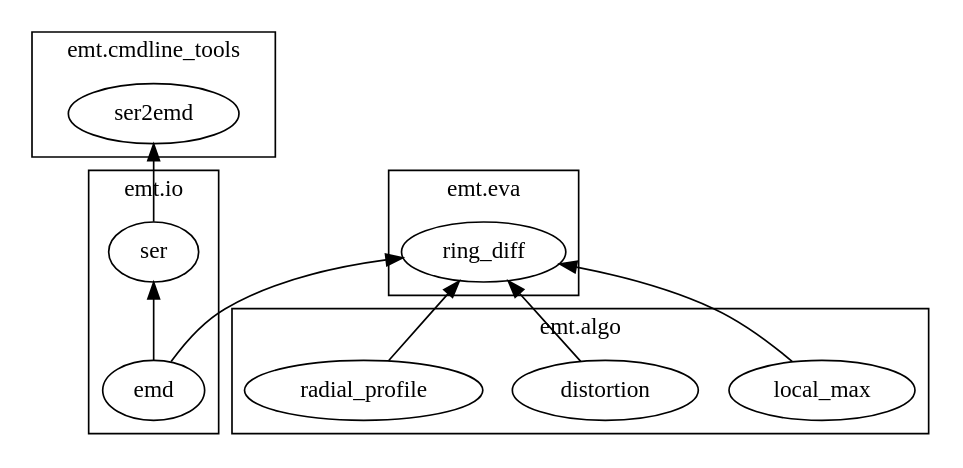
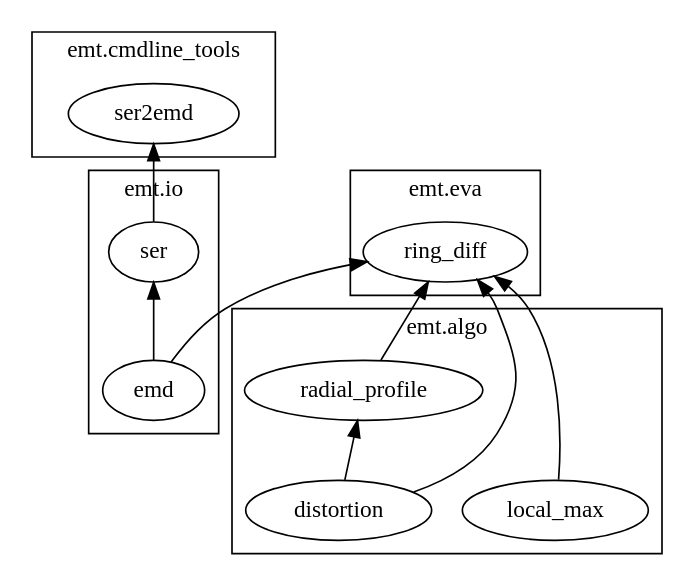
Before and after one commit to fniekiel/emt: the diagram in docs/module_layout.dot, drawn with Graphviz. The commit also changed 2 other files, not shown here.

Commit message:
(radial_profile) implemented calculation of polar coordinates

```diff
--- a/docs/module_layout.dot
+++ b/docs/module_layout.dot
@@ -1,47 +1,49 @@
 digraph modules {
     rankdir = BT;
     labelloc = "b";
 
     subgraph "cluster_emt.io"{
     label = "emt.io";
     
     "emt.io.emd" [label="emd"];
     
     "emt.io.ser" [label="ser"];
 
     
     }
     
     subgraph "cluster_emt.algo"{
     label = "emt.algo";
     
     "emt.algo.local_max" [label="local_max"];
     "emt.algo.distortion" [label="distortion"];
     "emt.algo.radial_profile" [label="radial_profile"];
     
     }
     
     subgraph "cluster_emt.eva"{
     label = "emt.eva";
     
     "emt.eva.ring_diff" [label="ring_diff"];
 
     
     }
     
     subgraph "cluster_emt.cmdline_tools" {
     label = "emt.cmdline_tools";
     
     "emt.cmdline_tools.ser2emd" [label="ser2emd"];
 
     }
     
     "emt.io.emd" -> "emt.io.ser";
     
+    "emt.algo.distortion" -> "emt.algo.radial_profile";
+    
     "emt.algo.local_max" -> "emt.eva.ring_diff";
     "emt.algo.distortion" -> "emt.eva.ring_diff";
     "emt.algo.radial_profile" -> "emt.eva.ring_diff";
     "emt.io.emd" -> "emt.eva.ring_diff";
     
     "emt.io.ser" -> "emt.cmdline_tools.ser2emd";
 }
```
